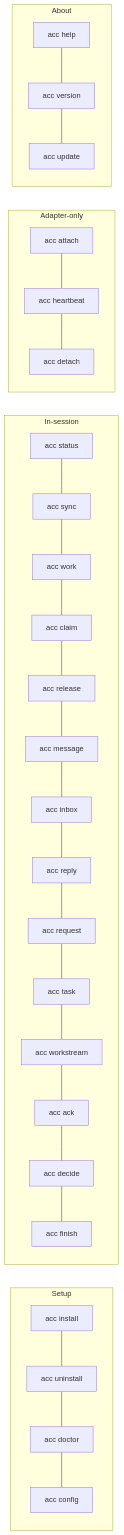
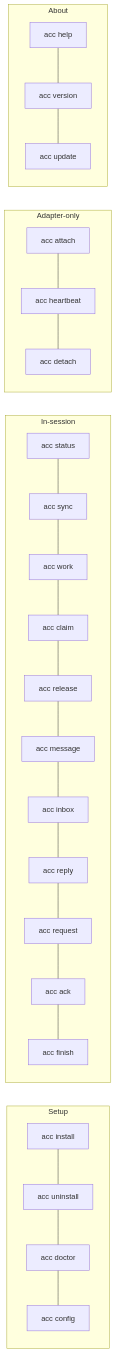
Before and after one commit to automatis-tools/agents-can-communicate: the diagram in docs/CLI.md, drawn with Mermaid. The commit also changed other lines of this file and 43 other files, not shown here.

````diff
--- a/docs/CLI.md
+++ b/docs/CLI.md
@@ -16,15 +16,15 @@
 ```mermaid
 graph LR
   subgraph Setup
     I[acc install] --- UN[acc uninstall] --- D[acc doctor] --- CF[acc config]
   end
   subgraph In-session
-    ST[acc status] --- SY[acc sync] --- W[acc work] --- CL[acc claim] --- RL[acc release] --- MS[acc message] --- IN[acc inbox] --- RP[acc reply] --- RQ[acc request] --- TK[acc task] --- WS[acc workstream] --- AK[acc ack] --- DC[acc decide] --- FN[acc finish]
+    ST[acc status] --- SY[acc sync] --- W[acc work] --- CL[acc claim] --- RL[acc release] --- MS[acc message] --- IN[acc inbox] --- RP[acc reply] --- RQ[acc request] --- AK[acc ack] --- FN[acc finish]
   end
   subgraph Adapter-only
     AT[acc attach] --- HB[acc heartbeat] --- DT[acc detach]
   end
   subgraph About
     HP[acc help] --- VR[acc version] --- UP[acc update]
   end
 ```
````
